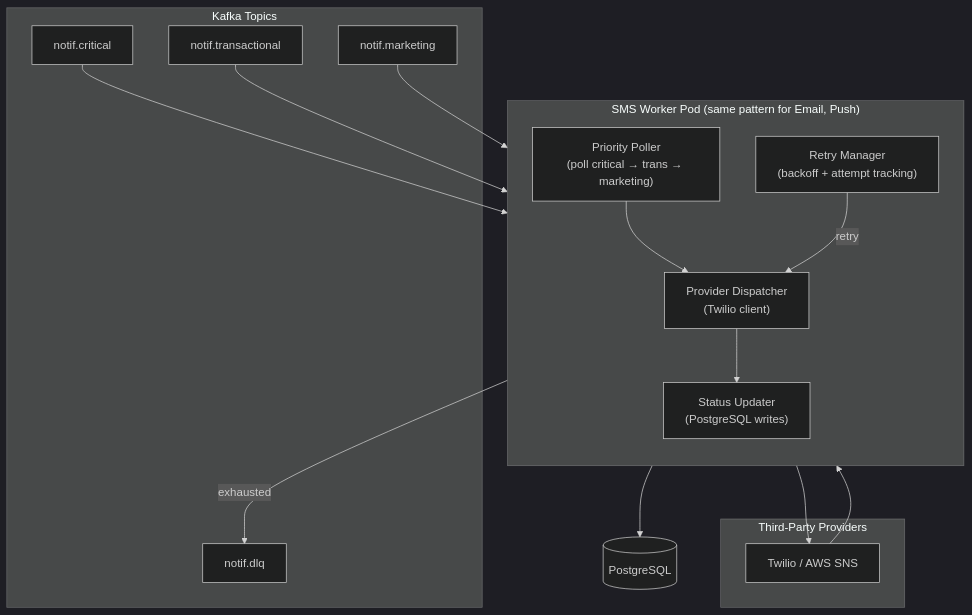
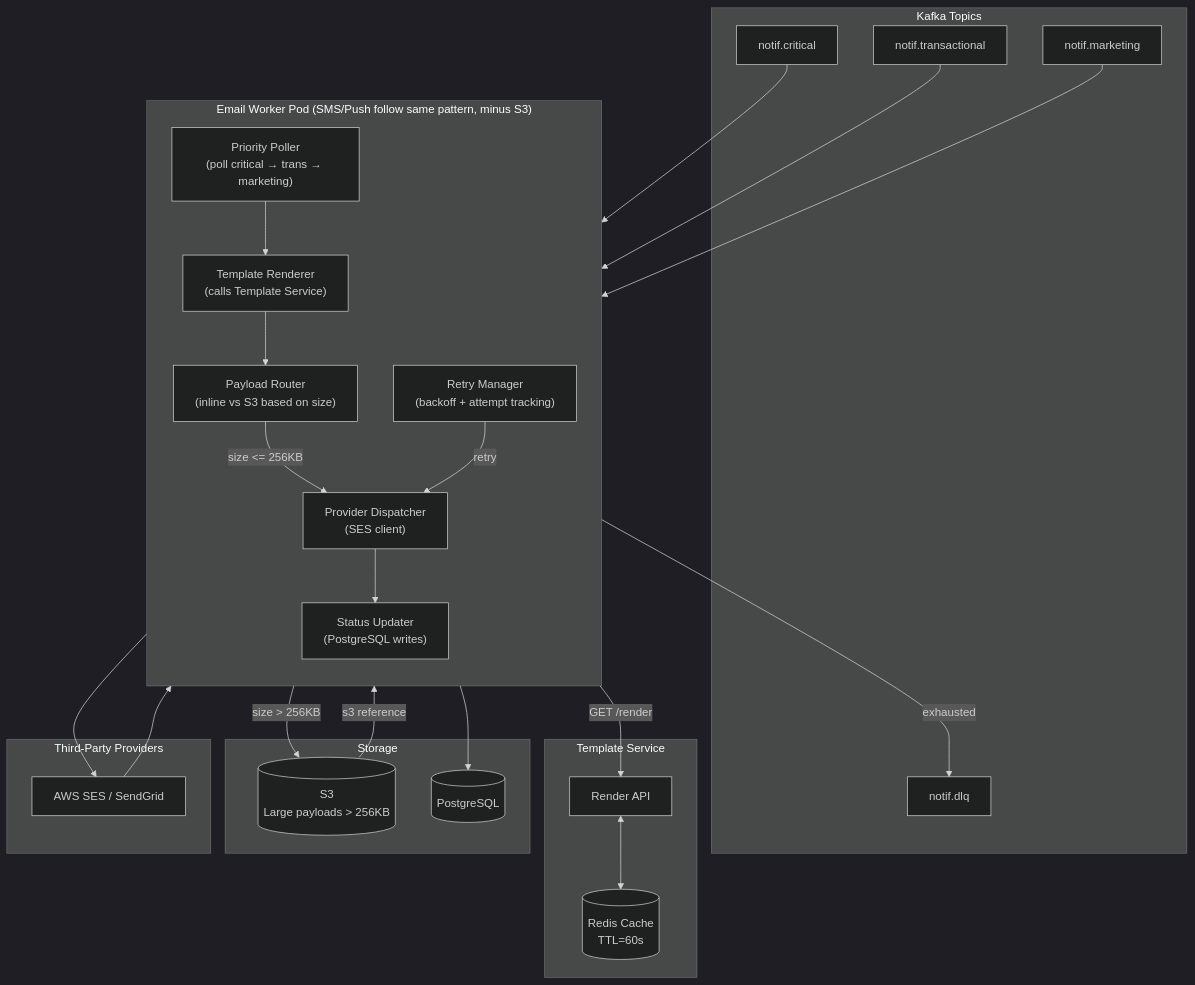
The first of 7 diagrams in notification-service/design/channel-workers.md (bindian0509/system-design), drawn with Mermaid (dark theme) before and after one commit. The commit also changed other lines of this file and 11 other files, not shown here.

````diff
--- a/notification-service/design/channel-workers.md
+++ b/notification-service/design/channel-workers.md
@@ -13,34 +15,54 @@
 ```mermaid
 flowchart TB
-    subgraph Worker["SMS Worker Pod (same pattern for Email, Push)"]
+    subgraph Worker["Email Worker Pod (SMS/Push follow same pattern, minus S3)"]
         direction TB
         Poller["Priority Poller\n(poll critical → trans → marketing)"]
-        Dispatcher["Provider Dispatcher\n(Twilio client)"]
+        Renderer["Template Renderer\n(calls Template Service)"]
+        PayloadRouter["Payload Router\n(inline vs S3 based on size)"]
+        Dispatcher["Provider Dispatcher\n(SES client)"]
         RetryManager["Retry Manager\n(backoff + attempt tracking)"]
         StatusUpdater["Status Updater\n(PostgreSQL writes)"]
     end
 
     subgraph Kafka["Kafka Topics"]
         KC[notif.critical]
         KT[notif.transactional]
         KM[notif.marketing]
         DLQ[notif.dlq]
     end
 
+    subgraph TemplateSvc["Template Service"]
+        TAPI[Render API]
+        TCache[(Redis Cache\nTTL=60s)]
+    end
+
+    subgraph Storage["Storage"]
+        S3[(S3\nLarge payloads > 256KB)]
+        PG[(PostgreSQL)]
+    end
+
     subgraph Providers["Third-Party Providers"]
-        Twilio[Twilio / AWS SNS]
+        SES[AWS SES / SendGrid]
     end
 
     KC --> Poller
     KT --> Poller
     KM --> Poller
 
-    Poller --> Dispatcher
-    Dispatcher --> Twilio
-    Twilio --> RetryManager
+    Poller --> Renderer
+    Renderer -->|GET /render| TAPI
+    TAPI <--> TCache
+
+    Renderer --> PayloadRouter
+    PayloadRouter -->|size <= 256KB| Dispatcher
+    PayloadRouter -->|size > 256KB| S3
+    S3 -->|s3 reference| Dispatcher
+
+    Dispatcher --> SES
+    SES --> RetryManager
     RetryManager -->|retry| Dispatcher
     RetryManager -->|exhausted| DLQ
 
     Dispatcher --> StatusUpdater
-    StatusUpdater --> PG[(PostgreSQL)]
+    StatusUpdater --> PG
 ```
````
